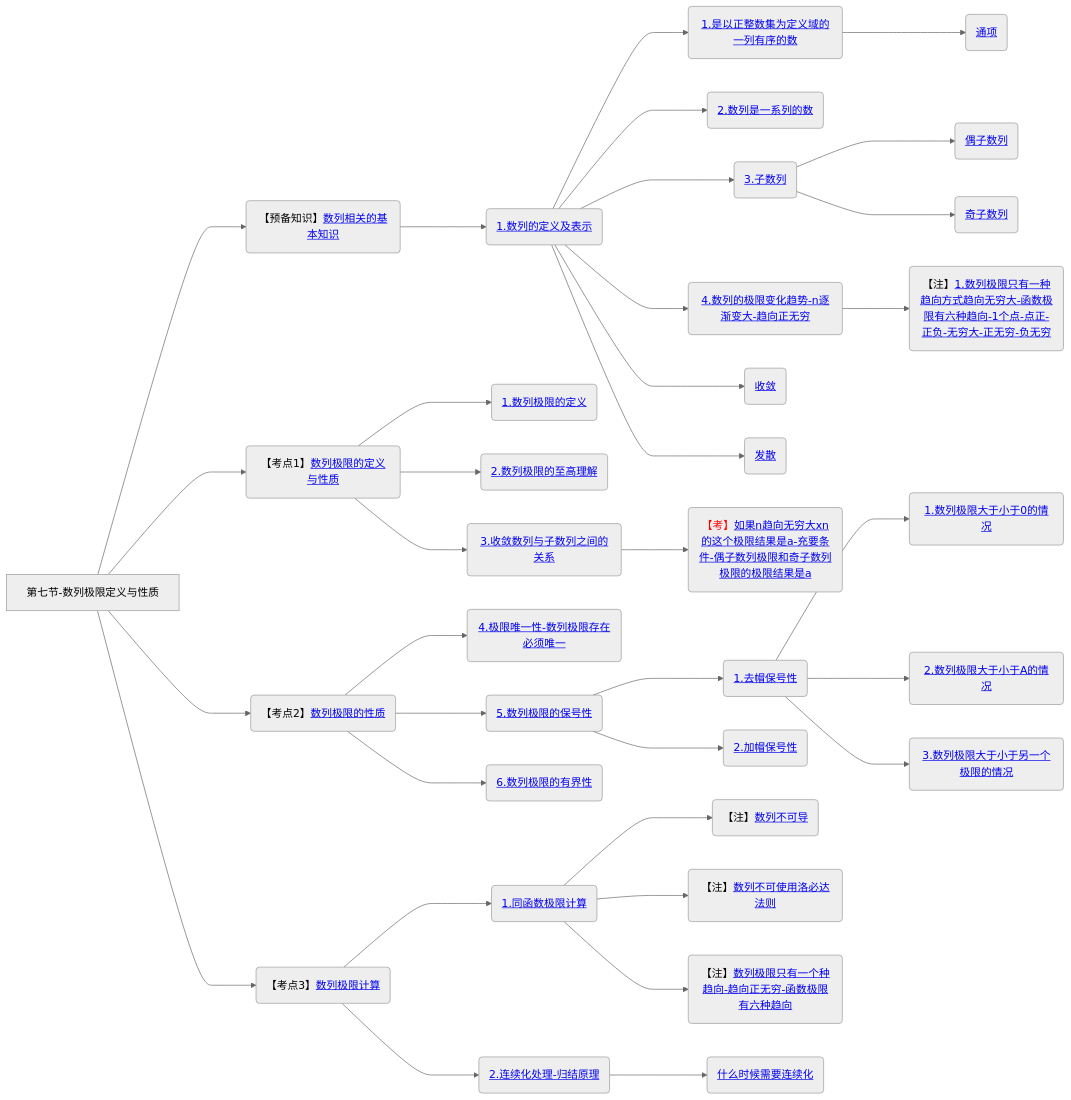
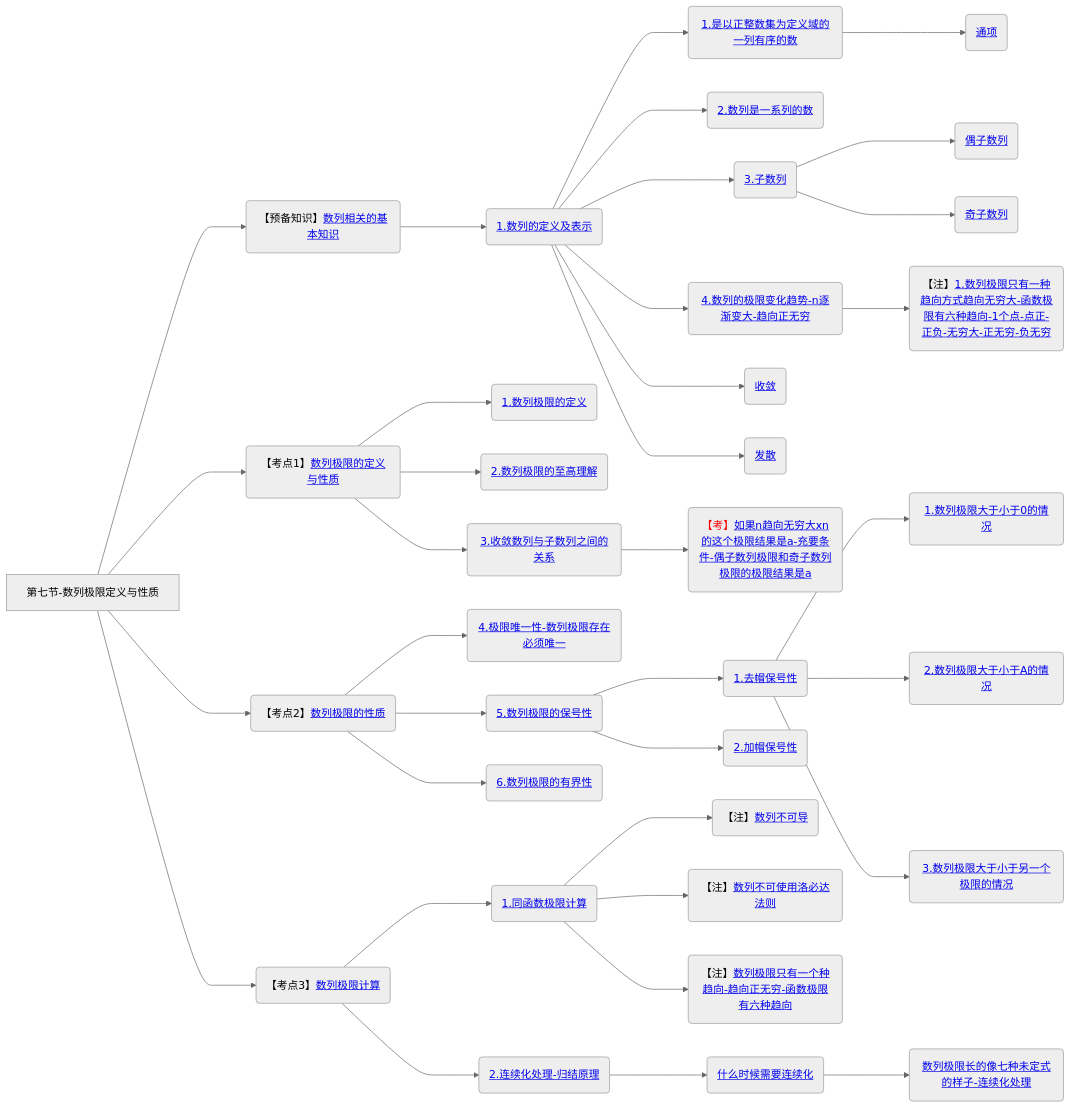
One commit to yuebinghui/note changed the seventh of 7 diagrams in 笔记/数学/周洋鑫/01.基础班思维导图.md. Above: the diagram before and after it, drawn with Mermaid (neutral theme). The commit also changed 5 other files, not shown here.

````diff
--- a/笔记/数学/周洋鑫/01.基础班思维导图.md
+++ b/笔记/数学/周洋鑫/01.基础班思维导图.md
@@ -255,48 +255,49 @@
 ```mermaid
 graph LR
 第七节-数列极限定义与性质
 
 第七节-数列极限定义与性质--->数列相关的基本知识(【预备知识】<a href="/Users/yuebinghui/Documents/program/github/note/笔记/数学/周洋鑫/基础班/07.数列极限定义与性质.md#数列相关的基本知识">数列相关的基本知识</>)
 数列相关的基本知识--->1.数列的定义及表示(<a href="/Users/yuebinghui/Documents/program/github/note/笔记/数学/周洋鑫/基础班/07.数列极限定义与性质.md#1.数列的定义及表示">1.数列的定义及表示</>)
 1.数列的定义及表示--->1.是以正整数集为定义域的一列有序的数(<a href="/Users/yuebinghui/Documents/program/github/note/笔记/数学/周洋鑫/基础班/07.数列极限定义与性质.md#1.是以正整数集为定义域的一列有序的数">1.是以正整数集为定义域的一列有序的数</>)
 1.是以正整数集为定义域的一列有序的数--->通项(<a href="/Users/yuebinghui/Documents/program/github/note/笔记/数学/周洋鑫/基础班/07.数列极限定义与性质.md#通项">通项</>)
 
 1.数列的定义及表示--->2.数列是一系列的数(<a href="/Users/yuebinghui/Documents/program/github/note/笔记/数学/周洋鑫/基础班/07.数列极限定义与性质.md#2.数列是一系列的数">2.数列是一系列的数</>)
 
 1.数列的定义及表示--->3.子数列(<a href="/Users/yuebinghui/Documents/program/github/note/笔记/数学/周洋鑫/基础班/07.数列极限定义与性质.md#3.子数列">3.子数列</>)
 3.子数列--->偶子数列(<a href="/Users/yuebinghui/Documents/program/github/note/笔记/数学/周洋鑫/基础班/07.数列极限定义与性质.md#偶子数列">偶子数列</>)
 3.子数列--->奇子数列(<a href="/Users/yuebinghui/Documents/program/github/note/笔记/数学/周洋鑫/基础班/07.数列极限定义与性质.md#奇子数列">奇子数列</>)
 
 1.数列的定义及表示--->4.数列的极限变化趋势-n逐渐变大-趋向正无穷(<a href="/Users/yuebinghui/Documents/program/github/note/笔记/数学/周洋鑫/基础班/07.数列极限定义与性质.md#4.数列的极限变化趋势-n逐渐变大-趋向正无穷">4.数列的极限变化趋势-n逐渐变大-趋向正无穷</>)
 4.数列的极限变化趋势-n逐渐变大-趋向正无穷--->1.数列极限只有一种趋向方式趋向无穷大-函数极限有六种趋向-1个点-点正-正负-无穷大-正无穷-负无穷(【注】<a href="/Users/yuebinghui/Documents/program/github/note/笔记/数学/周洋鑫/基础班/07.数列极限定义与性质.md#1.数列极限只有一种趋向方式趋向无穷大-函数极限有六种趋向-1个点-点正-正负-无穷大-正无穷-负无穷">1.数列极限只有一种趋向方式趋向无穷大-函数极限有六种趋向-1个点-点正-正负-无穷大-正无穷-负无穷</>)
 1.数列的定义及表示--->收敛(<a href="/Users/yuebinghui/Documents/program/github/note/笔记/数学/周洋鑫/基础班/07.数列极限定义与性质.md#收敛">收敛</>)
 1.数列的定义及表示--->发散(<a href="/Users/yuebinghui/Documents/program/github/note/笔记/数学/周洋鑫/基础班/07.数列极限定义与性质.md#发散">发散</>)
 
 
 第七节-数列极限定义与性质--->数列极限的定义与性质(【考点1】<a href="/Users/yuebinghui/Documents/program/github/note/笔记/数学/周洋鑫/基础班/07.数列极限定义与性质.md#数列极限的定义与性质">数列极限的定义与性质</>)
 数列极限的定义与性质--->1.数列极限的定义(<a href="/Users/yuebinghui/Documents/program/github/note/笔记/数学/周洋鑫/基础班/07.数列极限定义与性质.md#1.数列极限的定义">1.数列极限的定义</>)
 数列极限的定义与性质--->2.数列极限的至高理解(<a href="/Users/yuebinghui/Documents/program/github/note/笔记/数学/周洋鑫/基础班/07.数列极限定义与性质.md#2.数列极限的至高理解">2.数列极限的至高理解</>)
 数列极限的定义与性质--->3.收敛数列与子数列之间的关系(<a href="/Users/yuebinghui/Documents/program/github/note/笔记/数学/周洋鑫/基础班/07.数列极限定义与性质.md#3.收敛数列与子数列之间的关系">3.收敛数列与子数列之间的关系</>)
 3.收敛数列与子数列之间的关系--->如果n趋向无穷大xn的这个极限结果是a-充要条件-偶子数列极限和奇子数列极限的极限结果是a(<span style="color:red">【考】</span><a href="/Users/yuebinghui/Documents/program/github/note/笔记/数学/周洋鑫/基础班/07.数列极限定义与性质.md#如果n趋向无穷大xn的这个极限结果是a-充要条件-偶子数列极限和奇子数列极限的极限结果是a">如果n趋向无穷大xn的这个极限结果是a-充要条件-偶子数列极限和奇子数列极限的极限结果是a</>)
 
 第七节-数列极限定义与性质--->数列极限的性质(【考点2】<a href="/Users/yuebinghui/Documents/program/github/note/笔记/数学/周洋鑫/基础班/07.数列极限定义与性质.md#数列极限的性质">数列极限的性质</>)
 数列极限的性质--->4.极限唯一性-数列极限存在必须唯一(<a href="/Users/yuebinghui/Documents/program/github/note/笔记/数学/周洋鑫/基础班/07.数列极限定义与性质.md#4.极限唯一性-数列极限存在必须唯一">4.极限唯一性-数列极限存在必须唯一</>)
 数列极限的性质--->5.数列极限的保号性(<a href="/Users/yuebinghui/Documents/program/github/note/笔记/数学/周洋鑫/基础班/07.数列极限定义与性质.md#5.数列极限的保号性">5.数列极限的保号性</>)
 5.数列极限的保号性--->1.去帽保号性(<a href="/Users/yuebinghui/Documents/program/github/note/笔记/数学/周洋鑫/基础班/07.数列极限定义与性质.md#1.去帽保号性">1.去帽保号性</>)
 1.去帽保号性--->1.数列极限大于小于0的情况(<a href="/Users/yuebinghui/Documents/program/github/note/笔记/数学/周洋鑫/基础班/07.数列极限定义与性质.md#1.数列极限大于小于0的情况">1.数列极限大于小于0的情况</>)
 1.去帽保号性--->2.数列极限大于小于A的情况(<a href="/Users/yuebinghui/Documents/program/github/note/笔记/数学/周洋鑫/基础班/07.数列极限定义与性质.md#2.数列极限大于小于A的情况">2.数列极限大于小于A的情况</>)
 1.去帽保号性--->3.数列极限大于小于另一个极限的情况(<a href="/Users/yuebinghui/Documents/program/github/note/笔记/数学/周洋鑫/基础班/07.数列极限定义与性质.md#3.数列极限大于小于另一个极限的情况">3.数列极限大于小于另一个极限的情况</>)
 5.数列极限的保号性--->2.加帽保号性(<a href="/Users/yuebinghui/Documents/program/github/note/笔记/数学/周洋鑫/基础班/07.数列极限定义与性质.md#2.加帽保号性">2.加帽保号性</>)
 数列极限的性质--->6.数列极限的有界性(<a href="/Users/yuebinghui/Documents/program/github/note/笔记/数学/周洋鑫/基础班/07.数列极限定义与性质.md#6.数列极限的有界性">6.数列极限的有界性</>)
 
 第七节-数列极限定义与性质--->数列极限计算(【考点3】<a href="/Users/yuebinghui/Documents/program/github/note/笔记/数学/周洋鑫/基础班/07.数列极限定义与性质.md#数列极限计算">数列极限计算</>)
 数列极限计算--->1.同函数极限计算(<a href="/Users/yuebinghui/Documents/program/github/note/笔记/数学/周洋鑫/基础班/07.数列极限定义与性质.md#1.同函数极限计算">1.同函数极限计算</>)
 1.同函数极限计算--->数列不可导(【注】<a href="/Users/yuebinghui/Documents/program/github/note/笔记/数学/周洋鑫/基础班/07.数列极限定义与性质.md#数列不可导">数列不可导</>)
 1.同函数极限计算--->数列不可使用洛必达法则(【注】<a href="/Users/yuebinghui/Documents/program/github/note/笔记/数学/周洋鑫/基础班/07.数列极限定义与性质.md#数列不可使用洛必达法则">数列不可使用洛必达法则</>)
 1.同函数极限计算--->数列极限只有一个种趋向-趋向正无穷-函数极限有六种趋向(【注】<a href="/Users/yuebinghui/Documents/program/github/note/笔记/数学/周洋鑫/基础班/07.数列极限定义与性质.md#数列极限只有一个种趋向-趋向正无穷-函数极限有六种趋向">数列极限只有一个种趋向-趋向正无穷-函数极限有六种趋向</>)
 
 数列极限计算--->2.连续化处理-归结原理(<a href="/Users/yuebinghui/Documents/program/github/note/笔记/数学/周洋鑫/基础班/07.数列极限定义与性质.md#2.连续化处理-归结原理">2.连续化处理-归结原理</>)
 2.连续化处理-归结原理--->什么时候需要连续化(<a href="/Users/yuebinghui/Documents/program/github/note/笔记/数学/周洋鑫/基础班/07.数列极限定义与性质.md#什么时候需要连续化">什么时候需要连续化</>)
+什么时候需要连续化--->数列极限长的像七种未定式的样子-连续化处理(<a href="/Users/yuebinghui/Documents/program/github/note/笔记/数学/周洋鑫/基础班/07.数列极限定义与性质.md#数列极限长的像七种未定式的样子-连续化处理">数列极限长的像七种未定式的样子-连续化处理</>)
 
 
 ```
````
